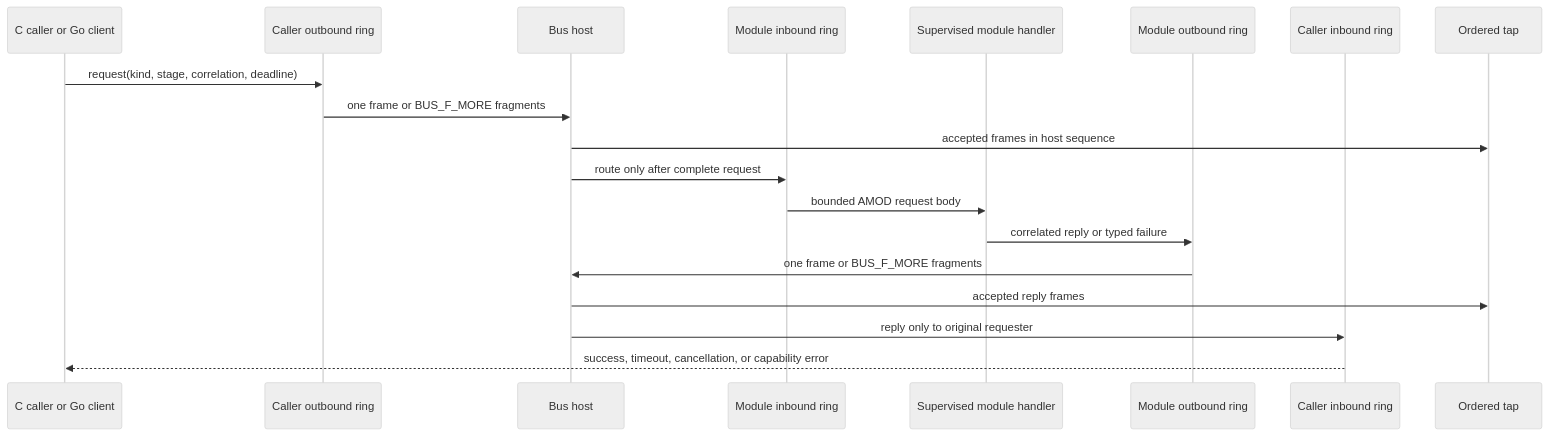
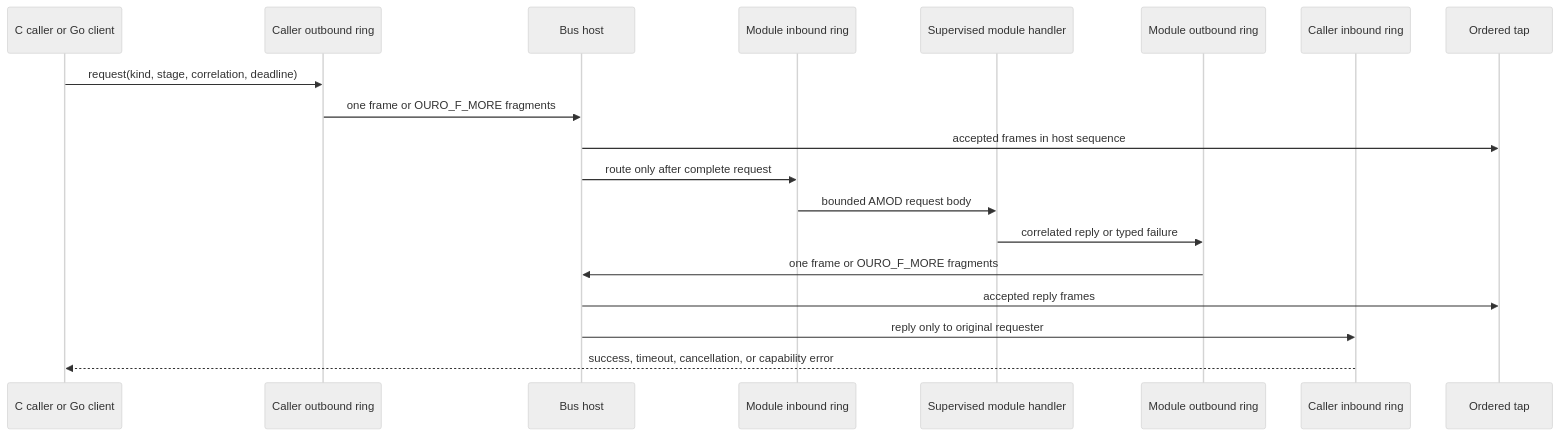
The second of 3 diagrams in docs/EVENT_BUS.md (RakuenSoftware/aimee), drawn with Mermaid (neutral theme) before and after one commit. The commit also changed other lines of this file and 40 other files, not shown here.

````diff
--- a/docs/EVENT_BUS.md
+++ b/docs/EVENT_BUS.md
@@ -168,22 +168,22 @@
 ```mermaid
 sequenceDiagram
     participant Caller as C caller or Go client
     participant CallerOut as Caller outbound ring
     participant Host as Bus host
     participant ModuleIn as Module inbound ring
     participant Module as Supervised module handler
     participant ModuleOut as Module outbound ring
     participant CallerIn as Caller inbound ring
     participant Tap as Ordered tap
 
     Caller->>CallerOut: request(kind, stage, correlation, deadline)
-    CallerOut->>Host: one frame or BUS_F_MORE fragments
+    CallerOut->>Host: one frame or OURO_F_MORE fragments
     Host->>Tap: accepted frames in host sequence
     Host->>ModuleIn: route only after complete request
     ModuleIn->>Module: bounded AMOD request body
     Module->>ModuleOut: correlated reply or typed failure
-    ModuleOut->>Host: one frame or BUS_F_MORE fragments
+    ModuleOut->>Host: one frame or OURO_F_MORE fragments
     Host->>Tap: accepted reply frames
     Host->>CallerIn: reply only to original requester
     CallerIn-->>Caller: success, timeout, cancellation, or capability error
 ```
````
